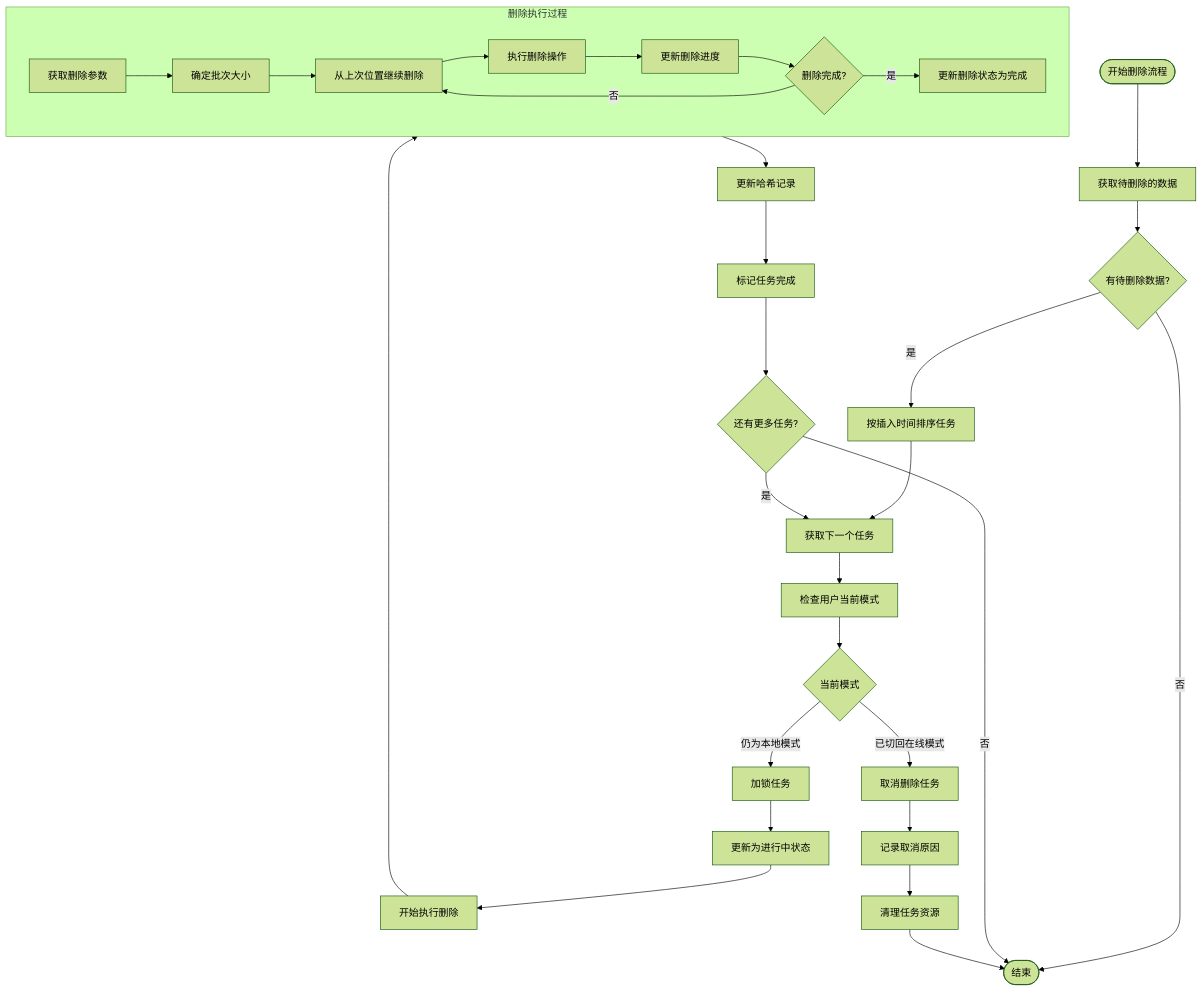
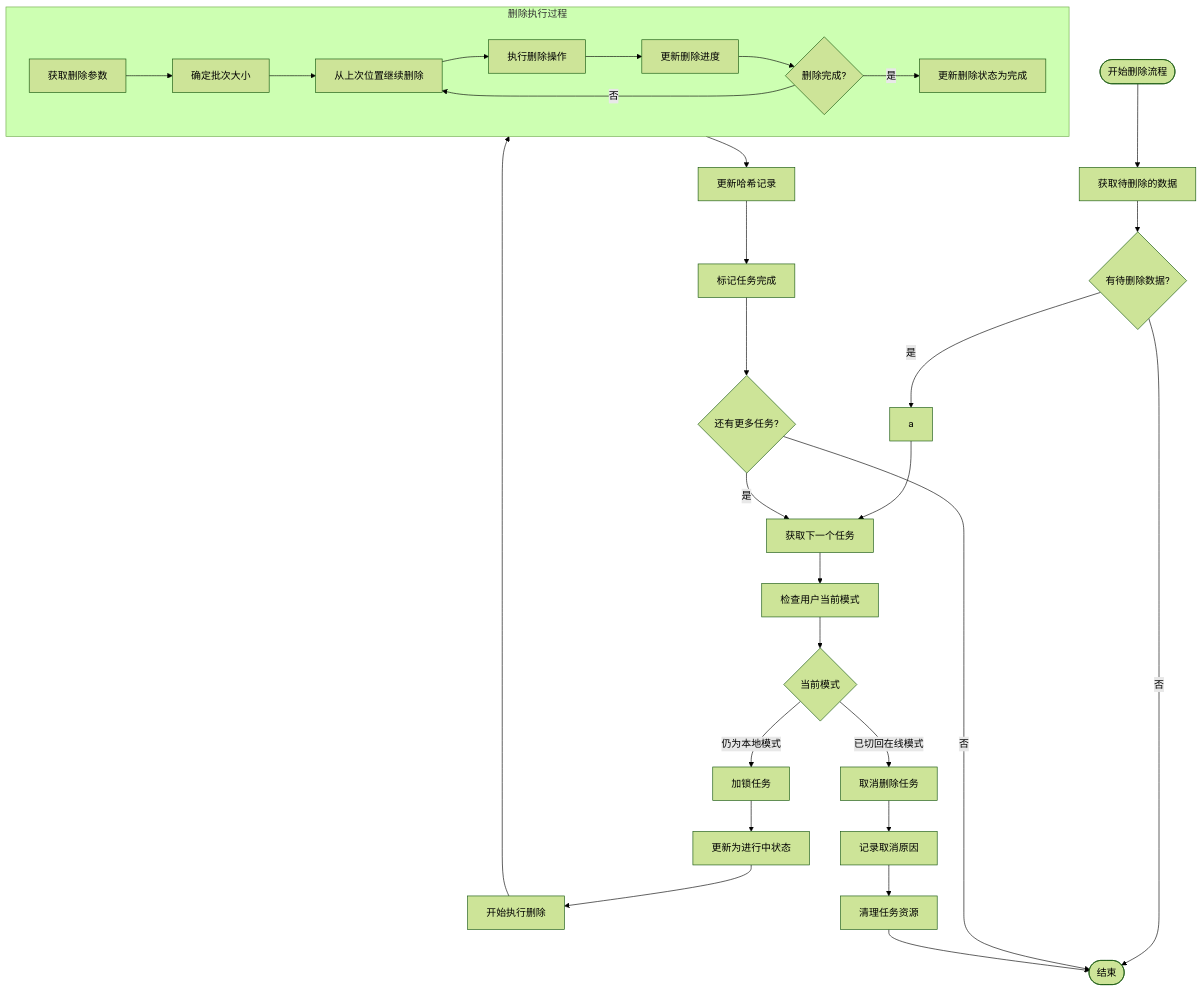
Before and after one commit to yingjianzh/iodraw-files: the diagram in all/未命名-51.md, drawn with Mermaid (forest theme).

Commit message:
2025-05-08 15:18:08 update

````diff
--- a/all/未命名-51.md
+++ b/all/未命名-51.md
@@ -1,42 +1,42 @@
 ```mermaid
 flowchart TD
     Start([开始删除流程]) --> FetchTasks[获取待删除的数据]
     FetchTasks --> HasTasks{有待删除数据?}
     
     HasTasks -->|否| End([结束])
-    HasTasks -->|是| PrioritizeTasks[按插入时间排序任务]
+    HasTasks -->|是| PrioritizeTasks[a]
     
     PrioritizeTasks --> GetNextTask[获取下一个任务]
     GetNextTask --> CheckUserMode[检查用户当前模式]
     
     CheckUserMode --> CurrentMode{当前模式}
     CurrentMode -->|已切回在线模式| TaskCancel[取消删除任务]
     CurrentMode -->|仍为本地模式| LockTask[加锁任务]
     
     LockTask --> UpdateStatus[更新为进行中状态]
     UpdateStatus --> BeginDeletion[开始执行删除]
     
     subgraph DeletionProcess [删除执行过程]
         A[获取删除参数] --> B[确定批次大小]
         B --> C[从上次位置继续删除]
         C --> D[执行删除操作]
         D --> E[更新删除进度]
         E --> F{删除完成?}
         F -->|否| C
         F -->|是| G[更新删除状态为完成]
     end
     
     BeginDeletion --> DeletionProcess
     
     DeletionProcess --> UpdateHashRecord[更新哈希记录]
     UpdateHashRecord --> MarkCompleted[标记任务完成]
     
     TaskCancel --> LogCancellation[记录取消原因]
     LogCancellation --> CleanupTask[清理任务资源]
     
     MarkCompleted --> CheckMoreTasks{还有更多任务?}
     CheckMoreTasks -->|是| GetNextTask
     CheckMoreTasks -->|否| End
     
     CleanupTask --> End
 ```
````
